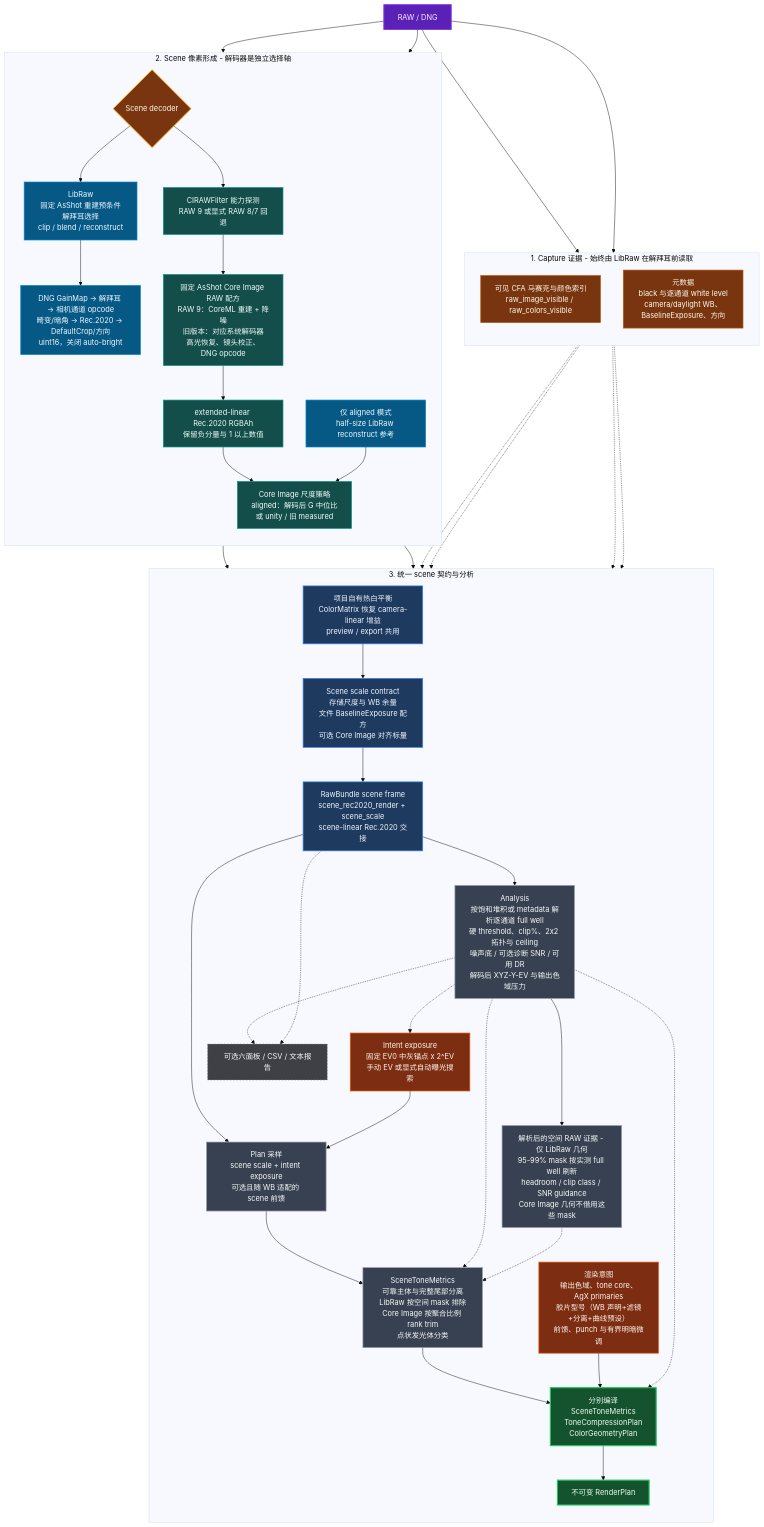
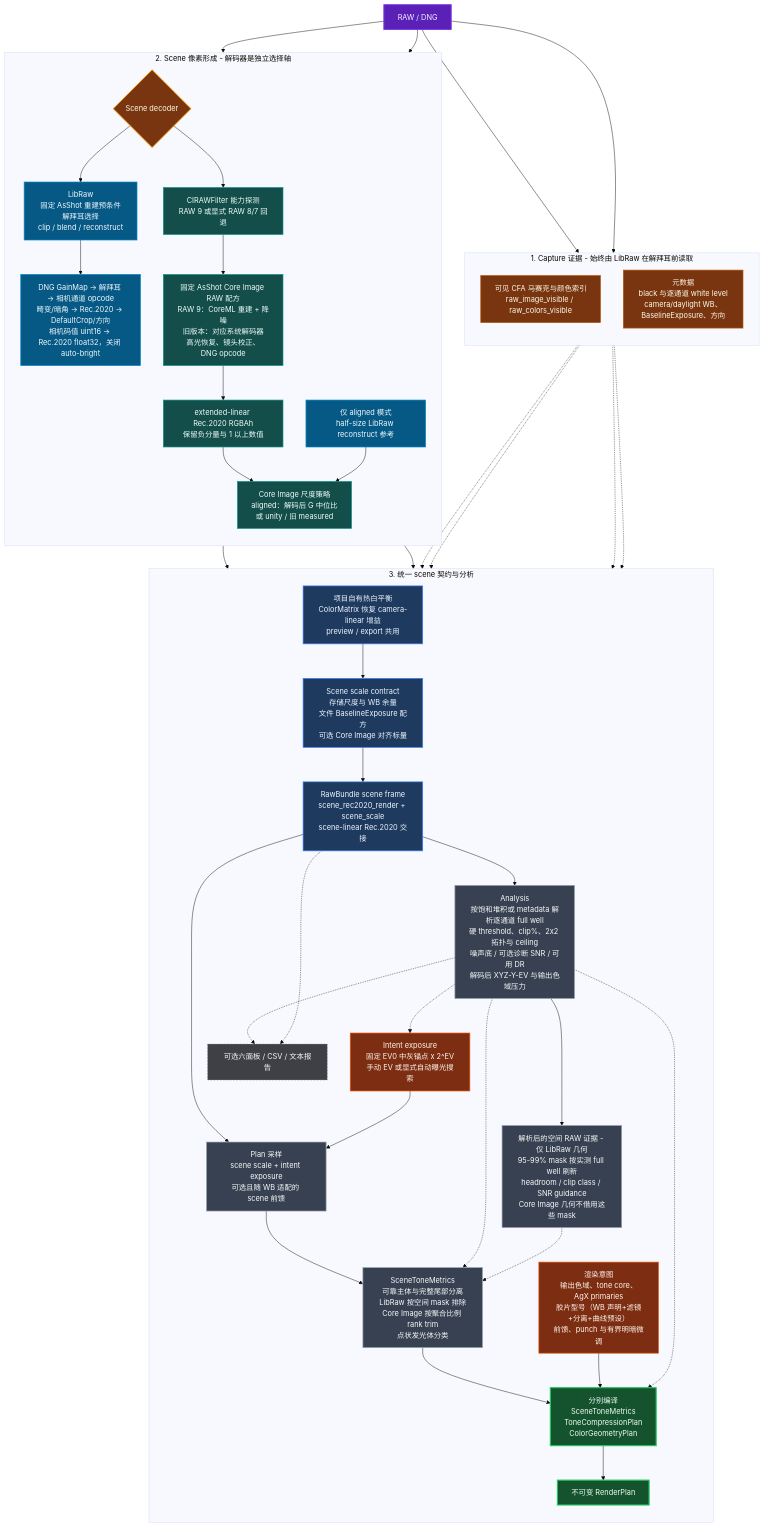
The first of 3 diagrams in docs/ARCHITECTURE.zh-CN.md (Gen-416/AgXRAW), drawn with Mermaid (base theme) before and after one commit. The commit also changed other lines of this file and 64 other files, not shown here.

```diff
--- a/docs/ARCHITECTURE.zh-CN.md
+++ b/docs/ARCHITECTURE.zh-CN.md
@@ -97,7 +97,7 @@
         direction TB
         SELECT{"Scene decoder"}
         LR["LibRaw<br/>固定 AsShot 重建预条件<br/>解拜耳选择<br/>clip / blend / reconstruct"]
-        LRRGB["DNG GainMap → 解拜耳 → 相机通道 opcode<br/>畸变/暗角 → Rec.2020 → DefaultCrop/方向<br/>uint16，关闭 auto-bright"]
+        LRRGB["DNG GainMap → 解拜耳 → 相机通道 opcode<br/>畸变/暗角 → Rec.2020 → DefaultCrop/方向<br/>相机码值 uint16 → Rec.2020 float32，关闭 auto-bright"]
         CIPROBE["CIRAWFilter 能力探测<br/>RAW 9 或显式 RAW 8/7 回退"]
         CI["固定 AsShot Core Image RAW 配方<br/>RAW 9：CoreML 重建 + 降噪<br/>旧版本：对应系统解码器<br/>高光恢复、镜头校正、DNG opcode"]
         CIRGB["extended-linear Rec.2020 RGBAh<br/>保留负分量与 1 以上数值"]
```
